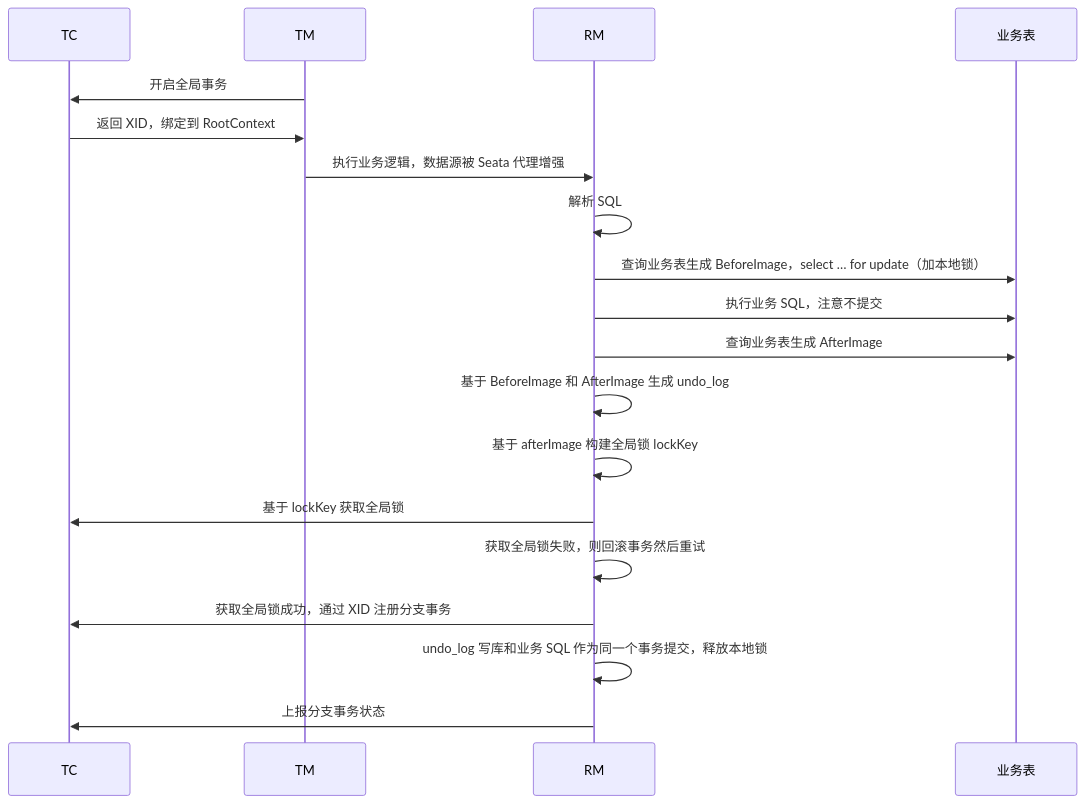
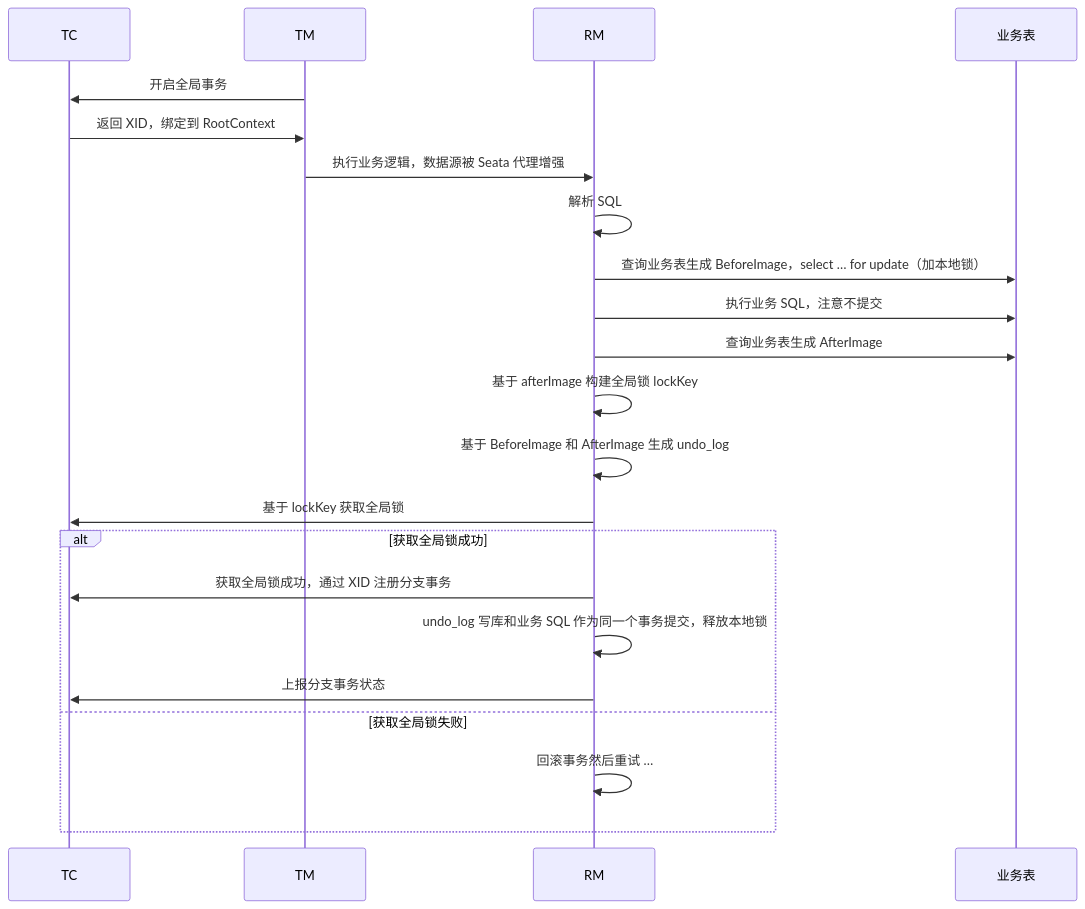
One commit to hein-hp/hein-hp.github.io changed the first of 8 diagrams in docs/distributed/transaction/Seata AT 详解.md. Above: the diagram before and after it, drawn with Mermaid.

Commit message:
AT 一阶段图修复

````diff
--- a/docs/distributed/transaction/Seata AT 详解.md
+++ b/docs/distributed/transaction/Seata AT 详解.md
@@ -147,20 +147,23 @@
 ```mermaid
 sequenceDiagram
 	participant TC
 	participant TM
 	participant RM
 	TM->>TC: 开启全局事务
 	TC->>TM: 返回 XID，绑定到 RootContext
 	TM->>RM: 执行业务逻辑，数据源被 Seata 代理增强
 	RM->>RM: 解析 SQL
 	RM->>业务表: 查询业务表生成 BeforeImage，select … for update（加本地锁）
 	RM->>业务表: 执行业务 SQL，注意不提交
 	RM->>业务表: 查询业务表生成 AfterImage
+	RM->>RM: 基于 afterImage 构建全局锁 lockKey
 	RM->>RM: 基于 BeforeImage 和 AfterImage 生成 undo_log
-	RM->>RM: 基于 afterImage 构建全局锁 lockKey
 	RM->>TC: 基于 lockKey 获取全局锁
-	RM->>RM: 获取全局锁失败，则回滚事务然后重试
-	RM->>TC: 获取全局锁成功，通过 XID 注册分支事务
-	RM->>RM: undo_log 写库和业务 SQL 作为同一个事务提交，释放本地锁
-	RM->>TC: 上报分支事务状态
+	alt 获取全局锁成功
+		RM->>TC: 获取全局锁成功，通过 XID 注册分支事务
+		RM->>RM: undo_log 写库和业务 SQL 作为同一个事务提交，释放本地锁
+		RM->>TC: 上报分支事务状态
+	else 获取全局锁失败
+	  RM->>RM: 回滚事务然后重试 …
+	end
 ```
````
